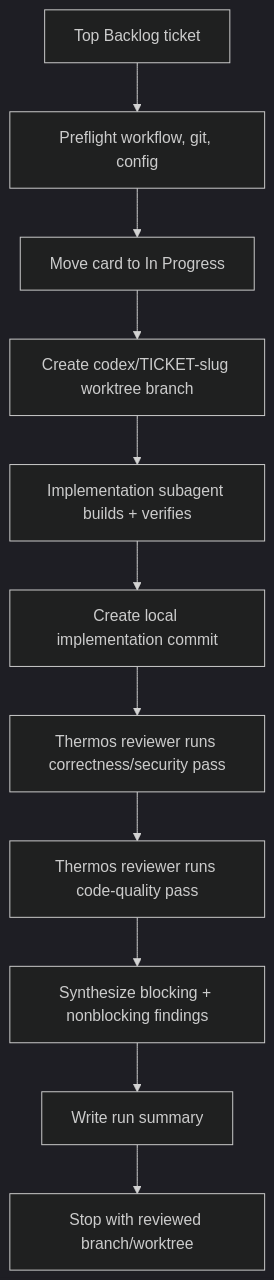
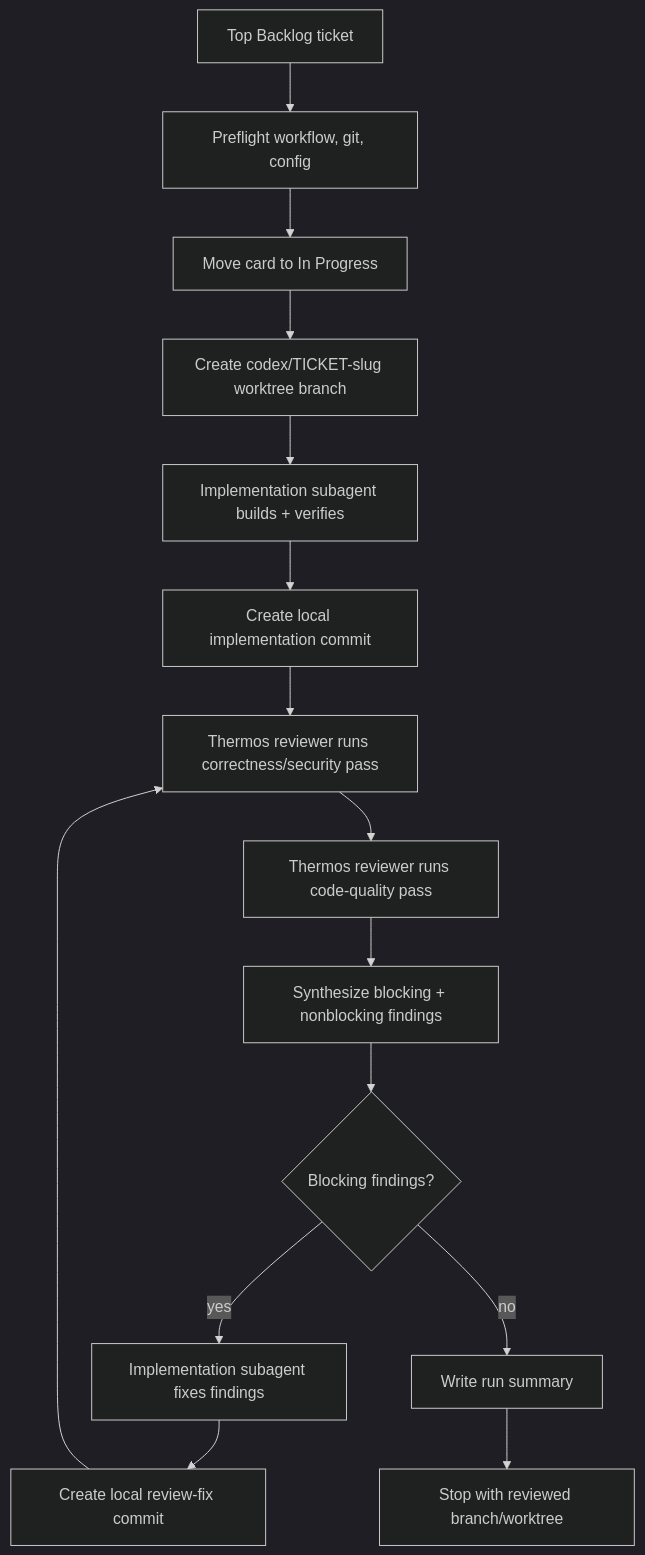
One commit to jonathanLindquist/jonathanLindquist-loops changed the diagram in loops/implement-then-review/loop.md. Above: the diagram before and after it, drawn with Mermaid (dark theme). The commit also changed other lines of this file and 12 other files, not shown here.

````diff
--- a/loops/implement-then-review/loop.md
+++ b/loops/implement-then-review/loop.md
@@ -20,13 +21,17 @@
 ```mermaid
 flowchart TD
   A["Top Backlog ticket"] --> B["Preflight workflow, git, config"]
   B --> C["Move card to In Progress"]
   C --> D["Create codex/TICKET-slug worktree branch"]
   D --> E["Implementation subagent builds + verifies"]
   E --> F["Create local implementation commit"]
   F --> G["Thermos reviewer runs correctness/security pass"]
   G --> H["Thermos reviewer runs code-quality pass"]
   H --> I["Synthesize blocking + nonblocking findings"]
-  I --> J["Write run summary"]
-  J --> K["Stop with reviewed branch/worktree"]
+  I --> J{"Blocking findings?"}
+  J -- yes --> K["Implementation subagent fixes findings"]
+  K --> L["Create local review-fix commit"]
+  L --> G
+  J -- no --> M["Write run summary"]
+  M --> N["Stop with reviewed branch/worktree"]
 ```
````
